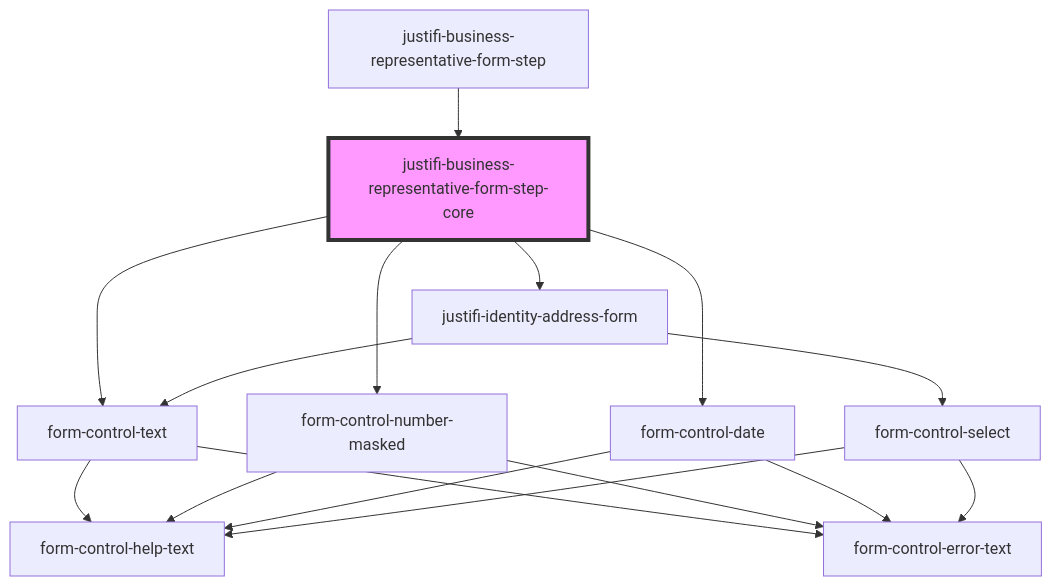
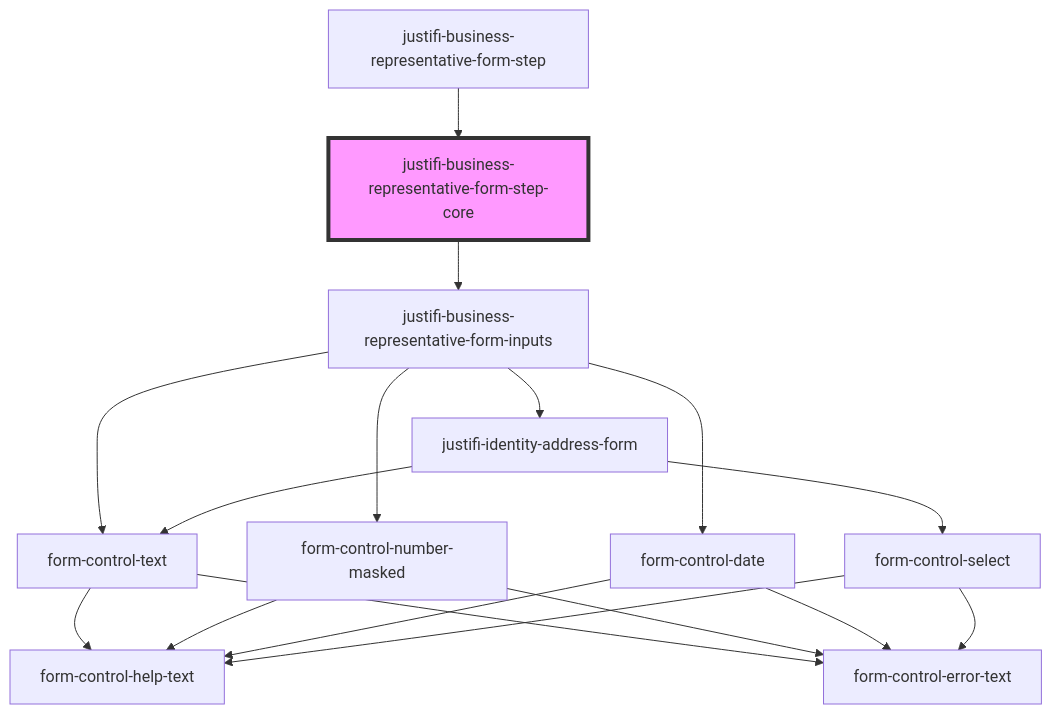
Before and after one commit to justifi-tech/web-component-library: the diagram in packages/webcomponents/src/components/business-forms/payment-provisioning/business-representative/README.md, drawn with Mermaid. The commit also changed other lines of this file and 4 other files, not shown here.

````diff
--- a/packages/webcomponents/src/components/business-forms/payment-provisioning/business-representative/README.md
+++ b/packages/webcomponents/src/components/business-forms/payment-provisioning/business-representative/README.md
@@ -61,19 +56,20 @@
 ```mermaid
 graph TD;
-  justifi-business-representative-form-step-core --> form-control-text
-  justifi-business-representative-form-step-core --> form-control-number-masked
-  justifi-business-representative-form-step-core --> form-control-date
-  justifi-business-representative-form-step-core --> justifi-identity-address-form
+  justifi-business-representative-form-step-core --> justifi-business-representative-form-inputs
+  justifi-business-representative-form-inputs --> form-control-text
+  justifi-business-representative-form-inputs --> form-control-number-masked
+  justifi-business-representative-form-inputs --> form-control-date
+  justifi-business-representative-form-inputs --> justifi-identity-address-form
   form-control-text --> form-control-help-text
   form-control-text --> form-control-error-text
   form-control-number-masked --> form-control-help-text
   form-control-number-masked --> form-control-error-text
   form-control-date --> form-control-help-text
   form-control-date --> form-control-error-text
   justifi-identity-address-form --> form-control-text
   justifi-identity-address-form --> form-control-select
   form-control-select --> form-control-help-text
   form-control-select --> form-control-error-text
   justifi-business-representative-form-step --> justifi-business-representative-form-step-core
   style justifi-business-representative-form-step-core fill:#f9f,stroke:#333,stroke-width:4px
 ```
````
